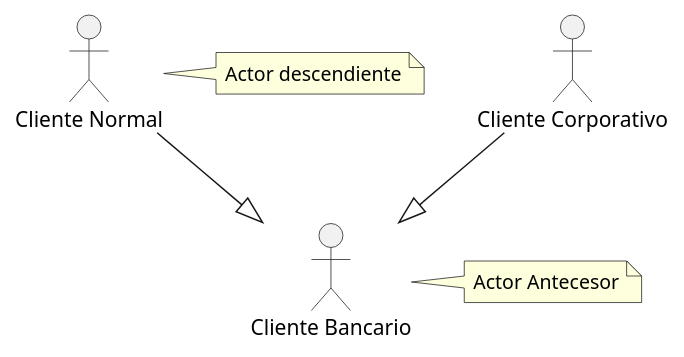
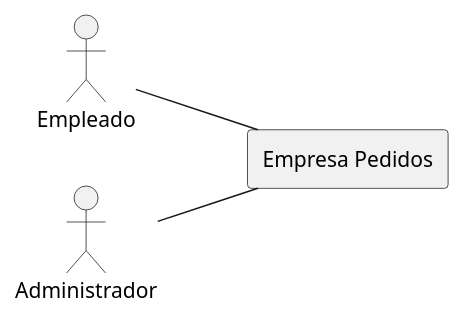
The diagram in src/PlantUML_II.puml (NuriaSan/PlantUML_II_NuriaSanchez), drawn with PlantUML before and after one commit.

Commit message:
Diagrama de contexto

```diff
--- a/src/PlantUML_II.puml
+++ b/src/PlantUML_II.puml
@@ -1,12 +1,17 @@
 @startuml
+left to right direction
+actor "Empleado" as em
+actor "Administrador" as ad
 
-actor "Cliente Bancario" as cb
-actor "Cliente Corporativo" as cc
-actor "Cliente Normal" as cn
+rectangle "Empresa Pedidos"{
 
-cc--|>cb
-cn--|>cb
 
-note right of cb :Actor Antecesor
-note right of cn :Actor descendiente
+
+
+
+}
+em--"Empresa Pedidos"
+ad--"Empresa Pedidos"
+
+
 @enduml
```
